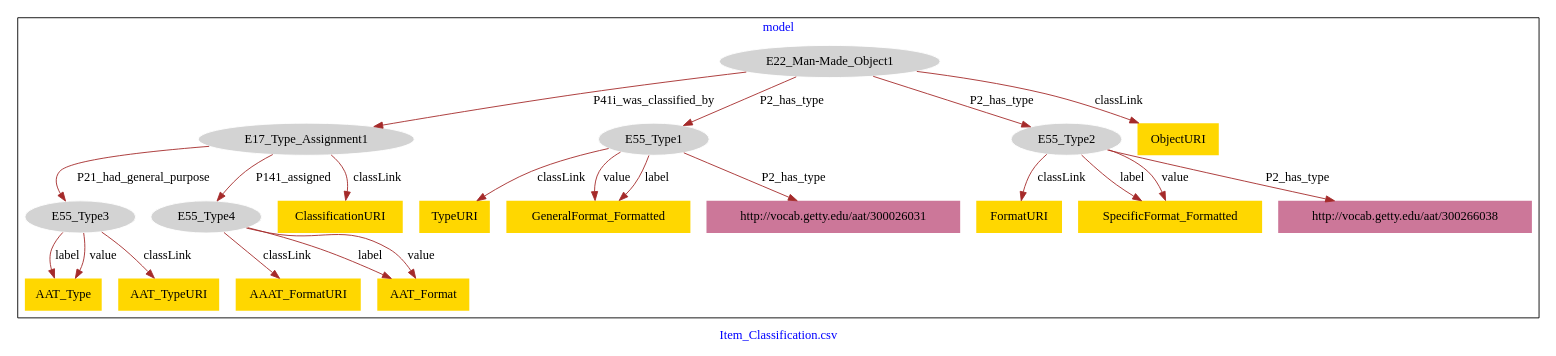
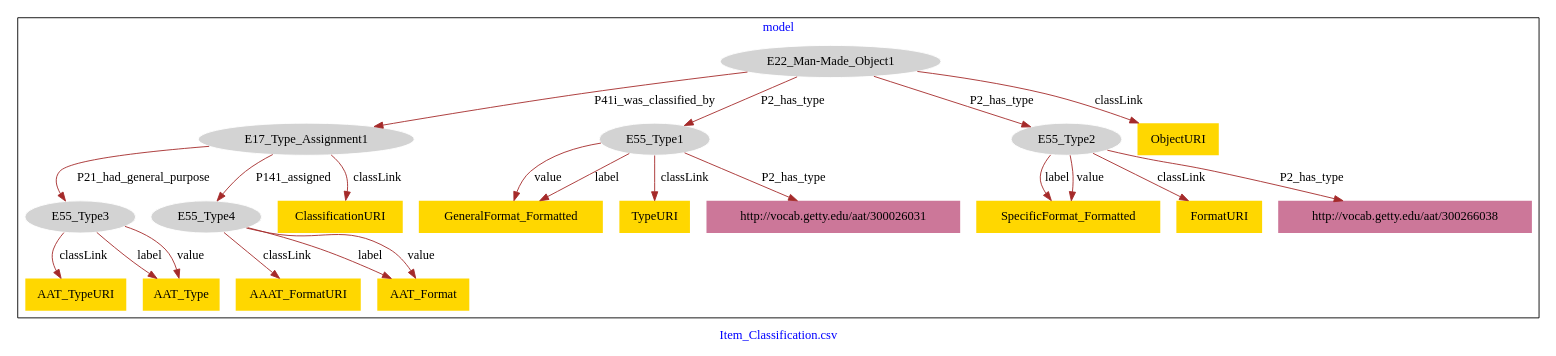
The diagram in Item_Classification/Item_Classification-model.dot (american-art/aaa), drawn with Graphviz before and after one commit.

Commit message:
Update file Item_Classification-model.dot

```diff
--- a/Item_Classification/Item_Classification-model.dot
+++ b/Item_Classification/Item_Classification-model.dot
@@ -1,47 +1,47 @@
 digraph n0 {
 fontcolor="blue"
 remincross="true"
 label="Item_Classification.csv"
 subgraph cluster {
 label="model"
 n2[style="filled",color="white",fillcolor="lightgray",label="E17_Type_Assignment1"];
 n3[style="filled",color="white",fillcolor="lightgray",label="E55_Type3"];
 n4[style="filled",color="white",fillcolor="lightgray",label="E55_Type4"];
 n5[style="filled",color="white",fillcolor="lightgray",label="E22_Man-Made_Object1"];
 n6[style="filled",color="white",fillcolor="lightgray",label="E55_Type1"];
 n7[style="filled",color="white",fillcolor="lightgray",label="E55_Type2"];
-n8[shape="plaintext",style="filled",fillcolor="gold",label="FormatURI"];
-n9[shape="plaintext",style="filled",fillcolor="gold",label="TypeURI"];
-n10[shape="plaintext",style="filled",fillcolor="gold",label="SpecificFormat_Formatted"];
-n11[shape="plaintext",style="filled",fillcolor="gold",label="AAT_Type"];
-n12[shape="plaintext",style="filled",fillcolor="gold",label="AAAT_FormatURI"];
-n13[shape="plaintext",style="filled",fillcolor="gold",label="ObjectURI"];
-n14[shape="plaintext",style="filled",fillcolor="gold",label="GeneralFormat_Formatted"];
-n15[shape="plaintext",style="filled",fillcolor="gold",label="AAT_TypeURI"];
-n16[shape="plaintext",style="filled",fillcolor="gold",label="ClassificationURI"];
-n17[shape="plaintext",style="filled",fillcolor="gold",label="AAT_Format"];
+n8[shape="plaintext",style="filled",fillcolor="gold",label="AAT_TypeURI"];
+n9[shape="plaintext",style="filled",fillcolor="gold",label="ObjectURI"];
+n10[shape="plaintext",style="filled",fillcolor="gold",label="AAAT_FormatURI"];
+n11[shape="plaintext",style="filled",fillcolor="gold",label="GeneralFormat_Formatted"];
+n12[shape="plaintext",style="filled",fillcolor="gold",label="TypeURI"];
+n13[shape="plaintext",style="filled",fillcolor="gold",label="ClassificationURI"];
+n14[shape="plaintext",style="filled",fillcolor="gold",label="AAT_Type"];
+n15[shape="plaintext",style="filled",fillcolor="gold",label="SpecificFormat_Formatted"];
+n16[shape="plaintext",style="filled",fillcolor="gold",label="AAT_Format"];
+n17[shape="plaintext",style="filled",fillcolor="gold",label="FormatURI"];
 n18[shape="plaintext",style="filled",fillcolor="#CC7799",label="http://vocab.getty.edu/aat/300026031"];
 n19[shape="plaintext",style="filled",fillcolor="#CC7799",label="http://vocab.getty.edu/aat/300266038"];
 }
 n2 -> n3[color="brown",fontcolor="black",label="P21_had_general_purpose"]
 n2 -> n4[color="brown",fontcolor="black",label="P141_assigned"]
 n5 -> n2[color="brown",fontcolor="black",label="P41i_was_classified_by"]
 n5 -> n6[color="brown",fontcolor="black",label="P2_has_type"]
 n5 -> n7[color="brown",fontcolor="black",label="P2_has_type"]
-n7 -> n8[color="brown",fontcolor="black",label="classLink"]
-n6 -> n9[color="brown",fontcolor="black",label="classLink"]
-n7 -> n10[color="brown",fontcolor="black",label="label"]
-n3 -> n11[color="brown",fontcolor="black",label="label"]
-n4 -> n12[color="brown",fontcolor="black",label="classLink"]
-n5 -> n13[color="brown",fontcolor="black",label="classLink"]
-n6 -> n14[color="brown",fontcolor="black",label="value"]
-n3 -> n15[color="brown",fontcolor="black",label="classLink"]
-n2 -> n16[color="brown",fontcolor="black",label="classLink"]
-n4 -> n17[color="brown",fontcolor="black",label="label"]
-n4 -> n17[color="brown",fontcolor="black",label="value"]
-n6 -> n14[color="brown",fontcolor="black",label="label"]
-n7 -> n10[color="brown",fontcolor="black",label="value"]
+n3 -> n8[color="brown",fontcolor="black",label="classLink"]
+n5 -> n9[color="brown",fontcolor="black",label="classLink"]
+n4 -> n10[color="brown",fontcolor="black",label="classLink"]
+n6 -> n11[color="brown",fontcolor="black",label="value"]
+n6 -> n12[color="brown",fontcolor="black",label="classLink"]
+n2 -> n13[color="brown",fontcolor="black",label="classLink"]
+n3 -> n14[color="brown",fontcolor="black",label="label"]
+n7 -> n15[color="brown",fontcolor="black",label="label"]
+n4 -> n16[color="brown",fontcolor="black",label="label"]
+n7 -> n17[color="brown",fontcolor="black",label="classLink"]
+n6 -> n11[color="brown",fontcolor="black",label="label"]
+n7 -> n15[color="brown",fontcolor="black",label="value"]
+n3 -> n14[color="brown",fontcolor="black",label="value"]
 n6 -> n18[color="brown",fontcolor="black",label="P2_has_type"]
 n7 -> n19[color="brown",fontcolor="black",label="P2_has_type"]
-n3 -> n11[color="brown",fontcolor="black",label="value"]
+n4 -> n16[color="brown",fontcolor="black",label="value"]
 }
```
